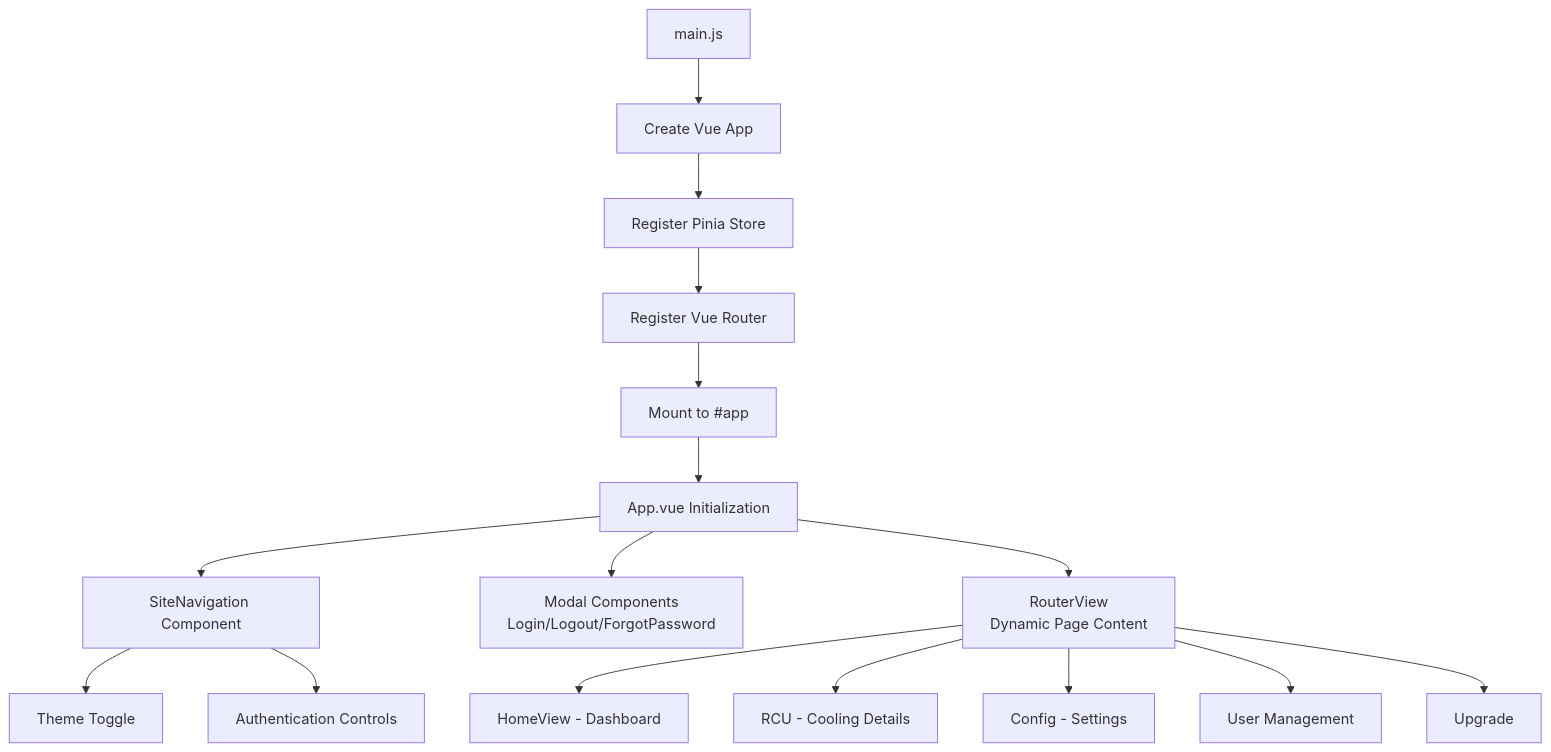
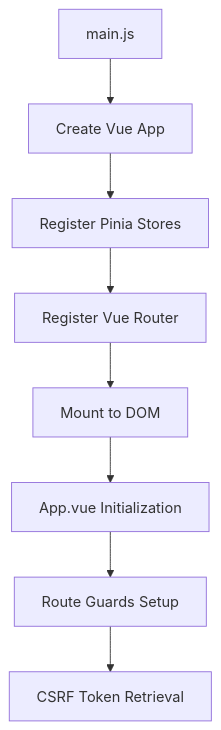
The first of 3 diagrams in README.md (CSchotborgh/ecx-web-ui-main-september), drawn with Mermaid before and after one commit. The commit also changed other lines of this file and 24 other files, not shown here.

````diff
--- a/README.md
+++ b/README.md
@@ -87,18 +153,10 @@
 ```mermaid
 graph TD
     A[main.js] --> B[Create Vue App]
-    B --> C[Register Pinia Store]
+    B --> C[Register Pinia Stores]
     C --> D[Register Vue Router]
-    D --> E[Mount to #app]
+    D --> E[Mount to DOM]
     E --> F[App.vue Initialization]
-    F --> G[SiteNavigation Component]
-    F --> H[Modal Components<br/>Login/Logout/ForgotPassword]
-    F --> I[RouterView<br/>Dynamic Page Content]
-    G --> J[Theme Toggle]
-    G --> K[Authentication Controls]
-    I --> L[HomeView - Dashboard]
-    I --> M[RCU - Cooling Details]
-    I --> N[Config - Settings]
-    I --> O[User Management]
-    I --> P[Upgrade]
+    F --> G[Route Guards Setup]
+    G --> H[CSRF Token Retrieval]
 ```
````
